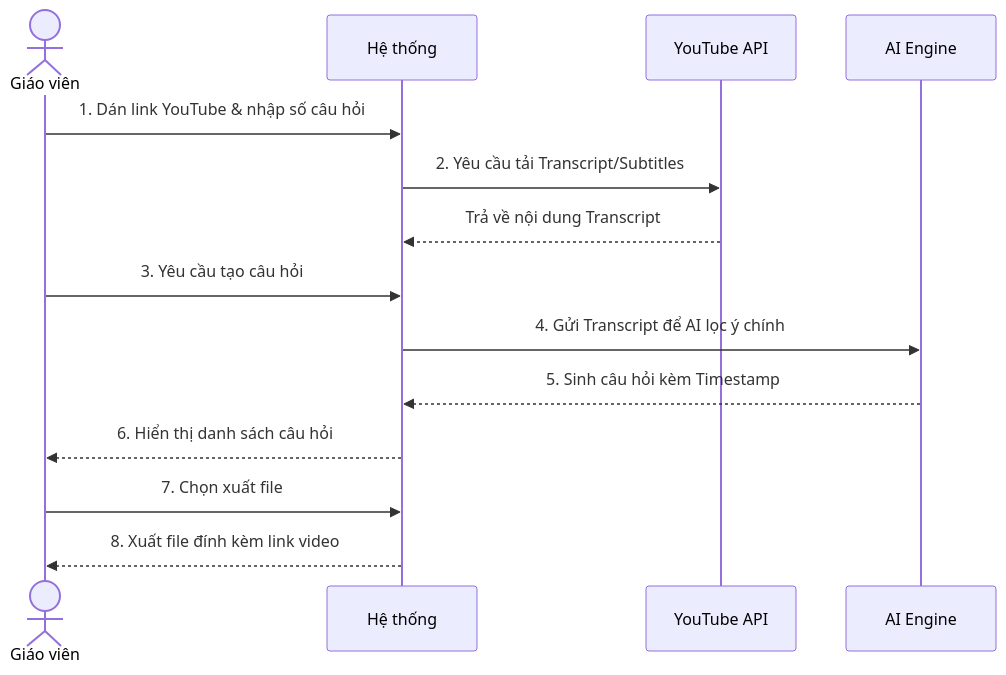
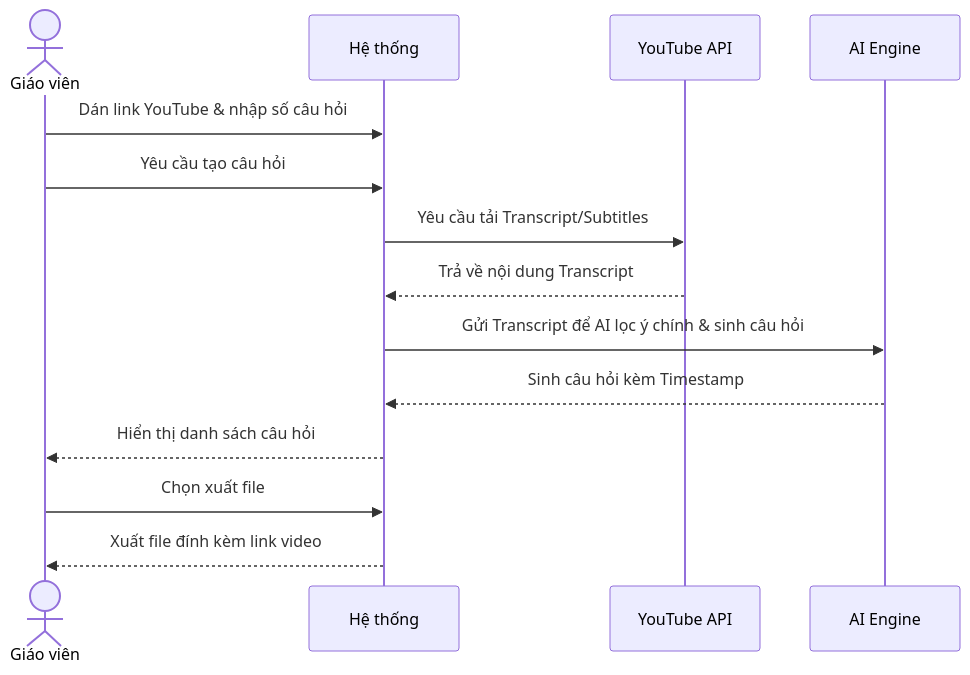
The fourth of 4 diagrams in docs/nhom_3_communication_admin.md (Cong-ty-TNNH-Q-Tech/Q-School), drawn with Mermaid before and after one commit. The commit also changed other lines of this file and 5 other files, not shown here.

Commit message:
docs: refine sequence diagrams logical flow and remove step numbers

````diff
--- a/docs/nhom_3_communication_admin.md
+++ b/docs/nhom_3_communication_admin.md
@@ -120,17 +119,17 @@
 ```mermaid
 sequenceDiagram
     actor GV as Giáo viên
     participant HT as Hệ thống
     participant YT as YouTube API
     participant AI as AI Engine
 
-    GV->>HT: 1. Dán link YouTube & nhập số câu hỏi
-    HT->>YT: 2. Yêu cầu tải Transcript/Subtitles
+    GV->>HT: Dán link YouTube & nhập số câu hỏi
+    GV->>HT: Yêu cầu tạo câu hỏi
+    HT->>YT: Yêu cầu tải Transcript/Subtitles
     YT-->>HT: Trả về nội dung Transcript
-    GV->>HT: 3. Yêu cầu tạo câu hỏi
-    HT->>AI: 4. Gửi Transcript để AI lọc ý chính
-    AI-->>HT: 5. Sinh câu hỏi kèm Timestamp
-    HT-->>GV: 6. Hiển thị danh sách câu hỏi
-    GV->>HT: 7. Chọn xuất file
-    HT-->>GV: 8. Xuất file đính kèm link video
+    HT->>AI: Gửi Transcript để AI lọc ý chính & sinh câu hỏi
+    AI-->>HT: Sinh câu hỏi kèm Timestamp
+    HT-->>GV: Hiển thị danh sách câu hỏi
+    GV->>HT: Chọn xuất file
+    HT-->>GV: Xuất file đính kèm link video
 ```
````
